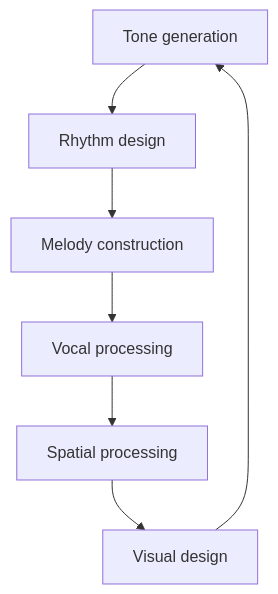
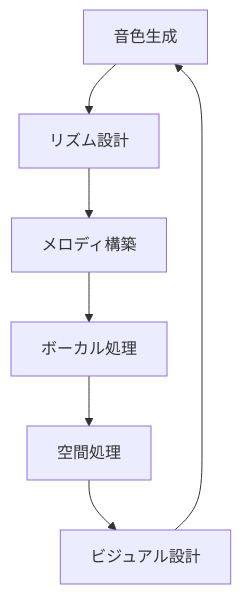
The diagram in en/_posts/2025-12-18-column-Electro Pop Experimental.md (monumental-movement/monumental-movement.github.io), drawn with Mermaid before and after one commit. The commit also changed other lines of this file and 2196 other files, not shown here.

```diff
--- a/en/_posts/2025-12-18-column-Electro Pop Experimental.md
+++ b/en/_posts/2025-12-18-column-Electro Pop Experimental.md
@@ -155,9 +155,9 @@
 <div class="mermaid">
 flowchart TD
-    A["Tone generation"] --> B["Rhythm design"]
-    B --> C["Melody construction"]
-    C --> D["Vocal processing"]
-    D --> E["Spatial processing"]
-    E --> F["Visual design"]
+    A["音色生成"] --> B["リズム設計"]
+    B --> C["メロディ構築"]
+    C --> D["ボーカル処理"]
+    D --> E["空間処理"]
+    E --> F["ビジュアル設計"]
     F --> A
 </div>
```
